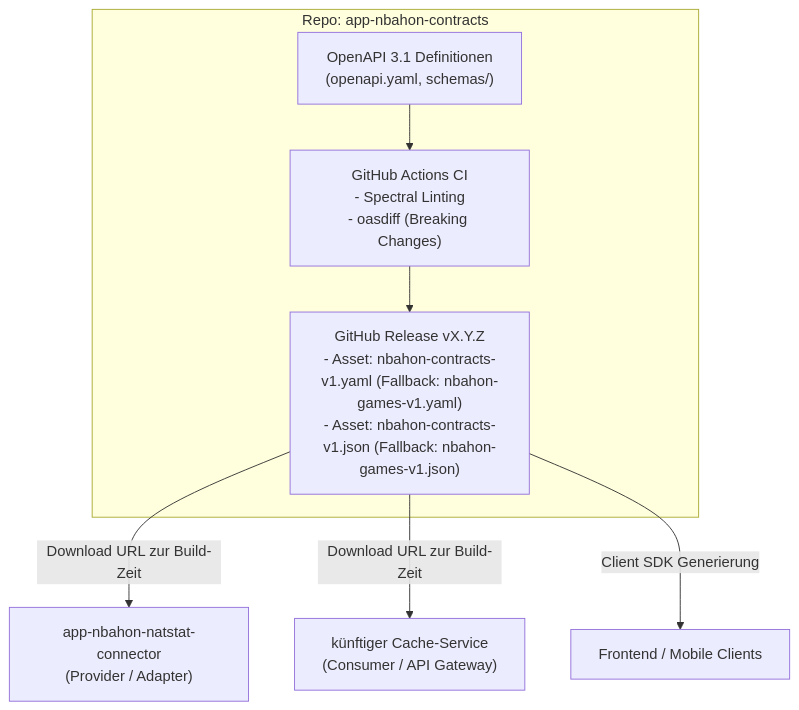
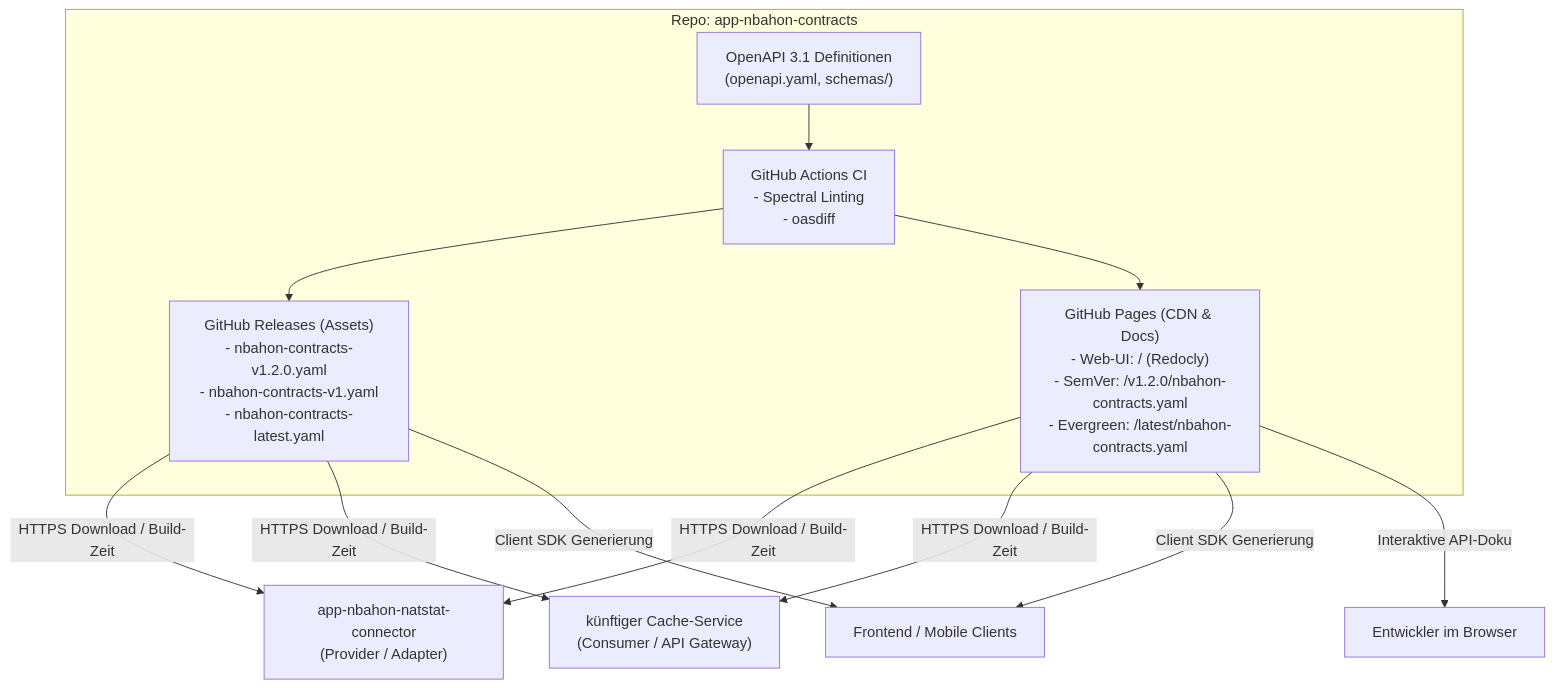
Before and after one commit to Olleritsch/app-nbahon-contracts: the diagram in README.md, drawn with Mermaid. The commit also changed other lines of this file and 7 other files, not shown here.

````diff
--- a/README.md
+++ b/README.md
@@ -11,13 +11,17 @@
 ```mermaid
 flowchart TD
     subgraph Repo["Repo: app-nbahon-contracts"]
         S["OpenAPI 3.1 Definitionen<br/>(openapi.yaml, schemas/)"]
-        CI["GitHub Actions CI<br/>- Spectral Linting<br/>- oasdiff (Breaking Changes)"]
-        Rel["GitHub Release vX.Y.Z<br/>- Asset: nbahon-contracts-v1.yaml (Fallback: nbahon-games-v1.yaml)<br/>- Asset: nbahon-contracts-v1.json (Fallback: nbahon-games-v1.json)"]
-        S --> CI --> Rel
+        CI["GitHub Actions CI<br/>- Spectral Linting<br/>- oasdiff"]
+        Rel["GitHub Releases (Assets)<br/>- nbahon-contracts-v1.2.0.yaml<br/>- nbahon-contracts-v1.yaml<br/>- nbahon-contracts-latest.yaml"]
+        Pages["GitHub Pages (CDN & Docs)<br/>- Web-UI: / (Redocly)<br/>- SemVer: /v1.2.0/nbahon-contracts.yaml<br/>- Evergreen: /latest/nbahon-contracts.yaml"]
+        S --> CI
+        CI --> Rel
+        CI --> Pages
     end
 
-    Rel -->|"Download URL zur Build-Zeit"| C1["app-nbahon-natstat-connector<br/>(Provider / Adapter)"]
-    Rel -->|"Download URL zur Build-Zeit"| C2["künftiger Cache-Service<br/>(Consumer / API Gateway)"]
-    Rel -->|"Client SDK Generierung"| C3["Frontend / Mobile Clients"]
+    Pages & Rel -->|"HTTPS Download / Build-Zeit"| C1["app-nbahon-natstat-connector<br/>(Provider / Adapter)"]
+    Pages & Rel -->|"HTTPS Download / Build-Zeit"| C2["künftiger Cache-Service<br/>(Consumer / API Gateway)"]
+    Pages & Rel -->|"Client SDK Generierung"| C3["Frontend / Mobile Clients"]
+    Pages -->|"Interaktive API-Doku"| Dev["Entwickler im Browser"]
 ```
````
